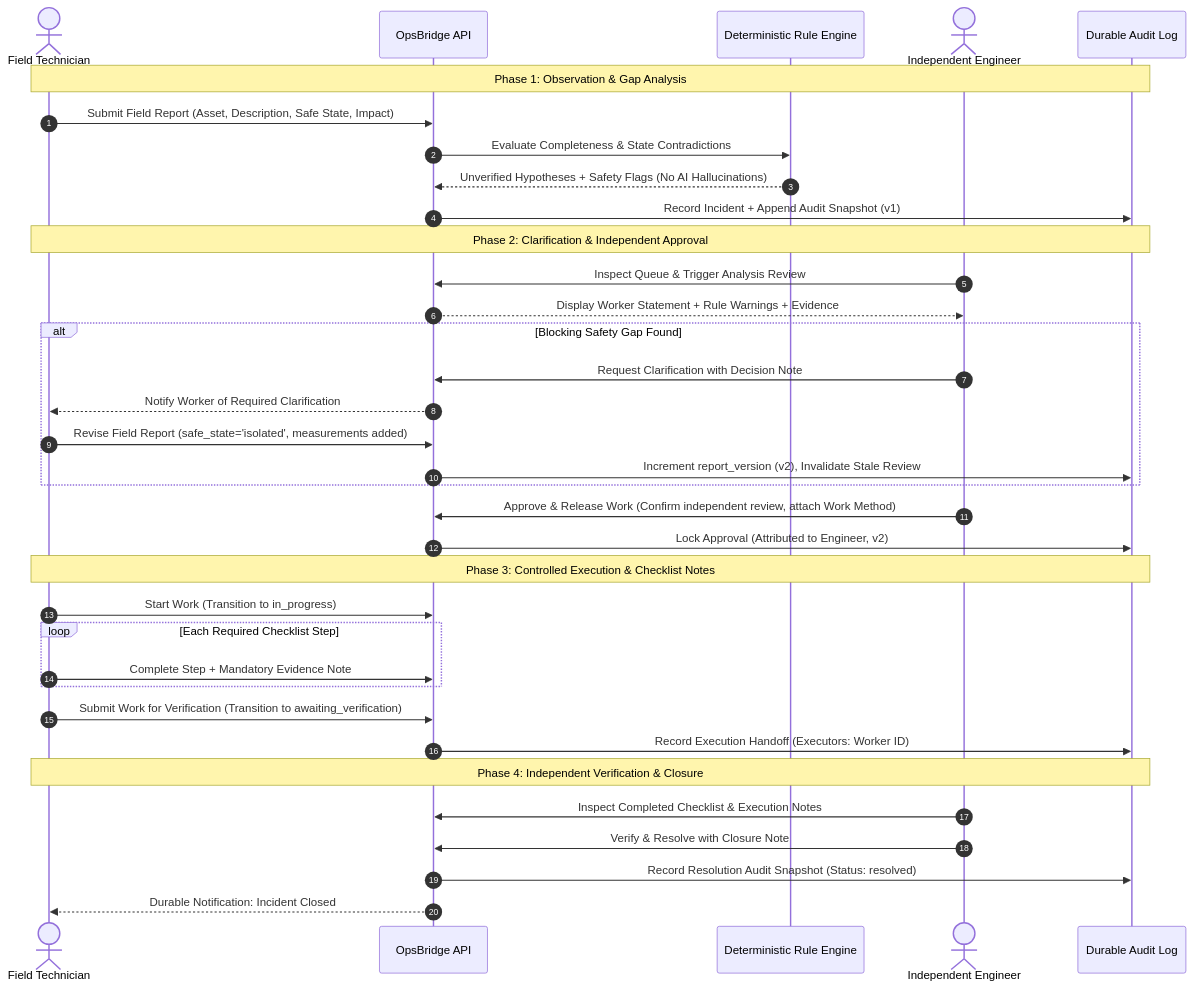
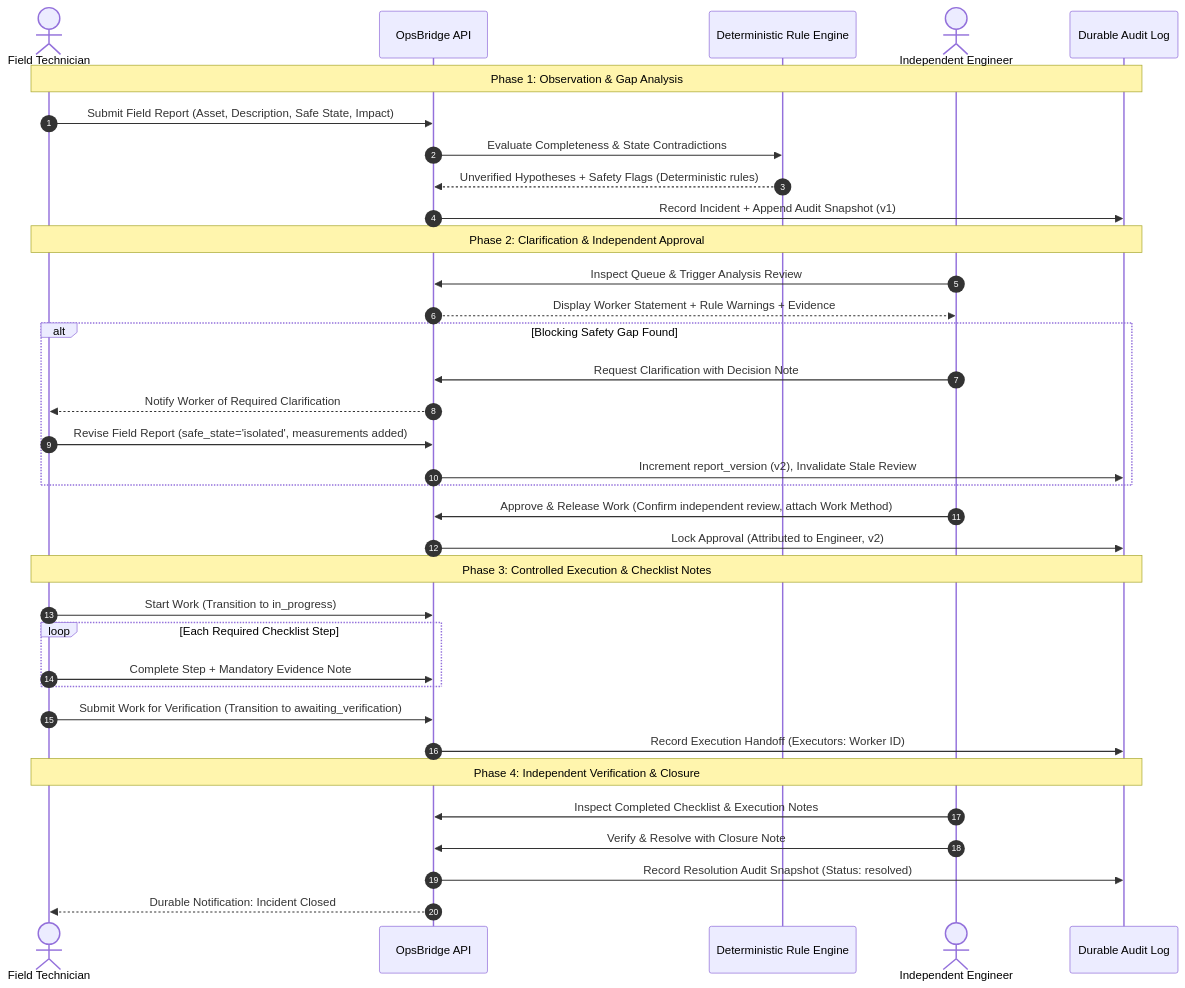
One commit to PriyanshuChauhan-007/ServiceTrail changed the third of 4 diagrams in README.md. Above: the diagram before and after it, drawn with Mermaid. The commit also changed other lines of this file and 1 other file, not shown here.

````diff
--- a/README.md
+++ b/README.md
@@ -149,41 +148,41 @@
 ```mermaid
 sequenceDiagram
     autonumber
     actor W as Field Technician
     participant API as OpsBridge API
     participant Rule as Deterministic Rule Engine
     actor E as Independent Engineer
     participant DB as Durable Audit Log
 
     Note over W,DB: Phase 1: Observation & Gap Analysis
     W->>API: Submit Field Report (Asset, Description, Safe State, Impact)
     API->>Rule: Evaluate Completeness & State Contradictions
-    Rule-->>API: Unverified Hypotheses + Safety Flags (No AI Hallucinations)
+    Rule-->>API: Unverified Hypotheses + Safety Flags (Deterministic rules)
     API->>DB: Record Incident + Append Audit Snapshot (v1)
 
     Note over W,DB: Phase 2: Clarification & Independent Approval
     E->>API: Inspect Queue & Trigger Analysis Review
     API-->>E: Display Worker Statement + Rule Warnings + Evidence
     alt Blocking Safety Gap Found
         E->>API: Request Clarification with Decision Note
         API-->>W: Notify Worker of Required Clarification
         W->>API: Revise Field Report (safe_state='isolated', measurements added)
         API->>DB: Increment report_version (v2), Invalidate Stale Review
     end
     E->>API: Approve & Release Work (Confirm independent review, attach Work Method)
     API->>DB: Lock Approval (Attributed to Engineer, v2)
 
     Note over W,DB: Phase 3: Controlled Execution & Checklist Notes
     W->>API: Start Work (Transition to in_progress)
     loop Each Required Checklist Step
         W->>API: Complete Step + Mandatory Evidence Note
     end
     W->>API: Submit Work for Verification (Transition to awaiting_verification)
     API->>DB: Record Execution Handoff (Executors: Worker ID)
 
     Note over W,DB: Phase 4: Independent Verification & Closure
     E->>API: Inspect Completed Checklist & Execution Notes
     E->>API: Verify & Resolve with Closure Note
     API->>DB: Record Resolution Audit Snapshot (Status: resolved)
     API-->>W: Durable Notification: Incident Closed
 ```
````
